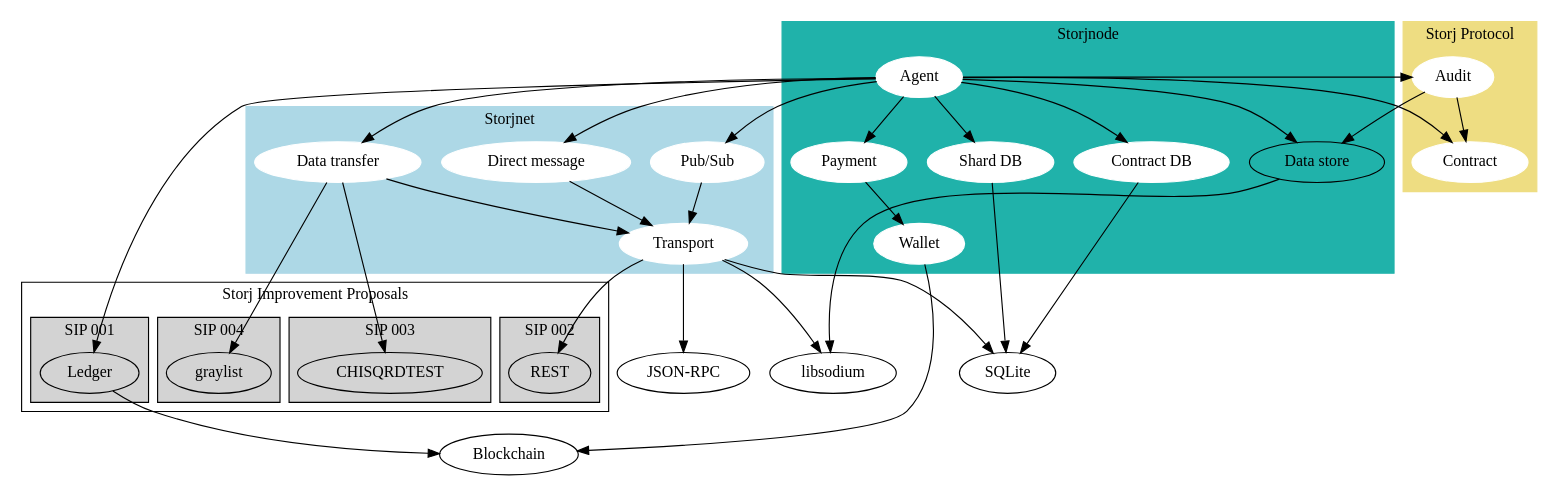
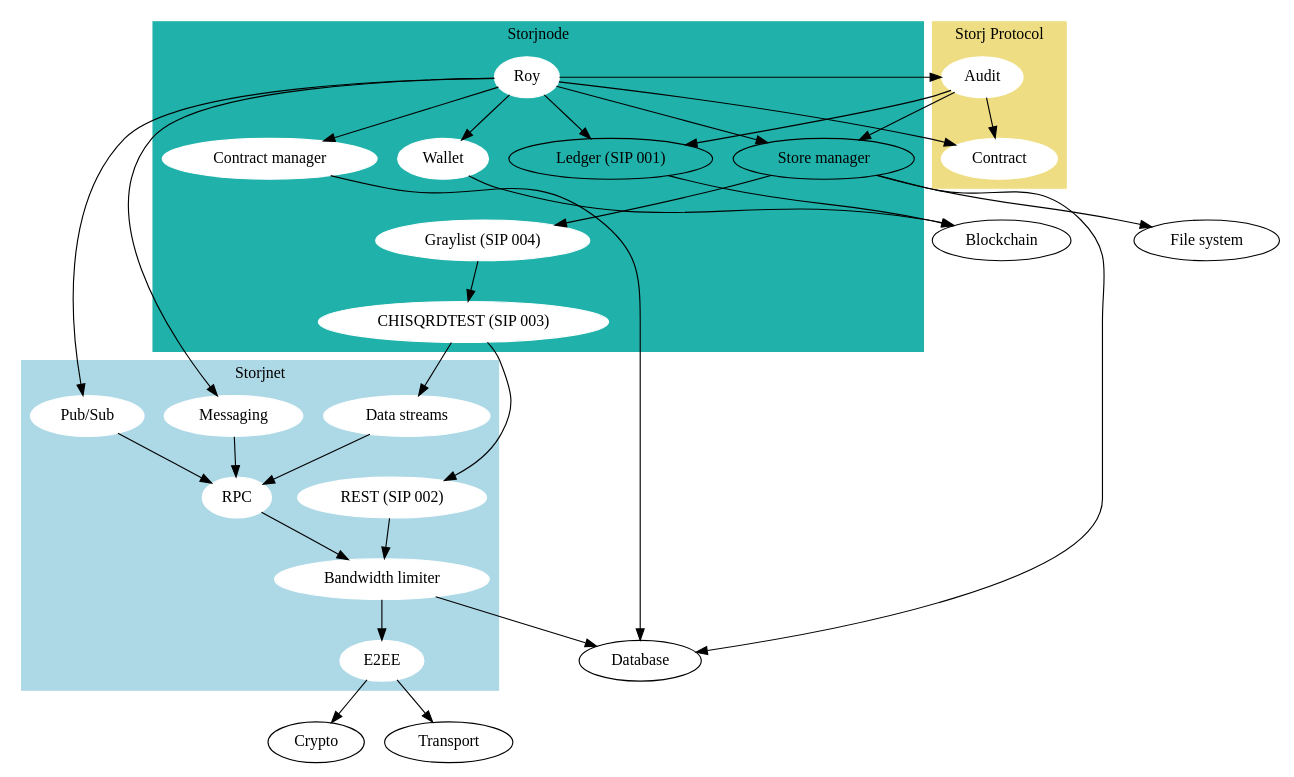
One commit to StorjOld/storjspec changed the diagram in docs/dependencies.dot. Above: the diagram before and after it, drawn with Graphviz. The commit also changed 3 other files, not shown here.

```diff
--- a/docs/dependencies.dot
+++ b/docs/dependencies.dot
@@ -1,120 +1,86 @@
 // syntax guide: http://www.graphviz.org/pdf/dotguide.pdf
 // compile: `dot -Tpdf dependencies.dot -o dependencies.pdf`
 
 
 digraph G {
 
     // STORJNET
     subgraph cluster_1 {
         label = "Storjnet";
         node [style=filled,color=white];
         style=filled;
         color=lightblue;
 
         "Pub/Sub"; // enable publishing and subscribing to events
-        "Data transfer"; // full duplex data transfer
-        "Direct message"; // to shortcut the pubsub after peer found
-        "Transport"; // rpc calls and data transfer between clients
+        "Data streams"; // full duplex data transfer
+        "Messaging"; // to shortcut the pubsub after peer found
+        "RPC"; // rpc calls and data transfer between clients
+        "E2EE"; // End-to-end encryption
+        "Bandwidth limiter";
+        "REST (SIP 002)"; // put/get shards
     };
-    "Pub/Sub" -> "Transport";
-    "Direct message" -> "Transport";
-    "Data transfer" -> "Transport";
-    "Transport" -> "libsodium"; // end-to-end encryption
-    "Transport" -> "JSON-RPC";
-    "Transport" -> "REST";
-    "Transport" -> "SQLite"; // bandwidth limits
-    "Data transfer" -> CHISQRDTEST;
-    "Data transfer" -> graylist;
+    "Pub/Sub" -> "RPC";
+    "Messaging" -> "RPC";
+    "Data streams" -> "RPC";
+    "RPC" -> "Bandwidth limiter";
+    "REST (SIP 002)" -> "Bandwidth limiter";
+    "Bandwidth limiter" -> "E2EE";
+    "E2EE" -> "Crypto";
+    "E2EE" -> "Transport";
+    "Bandwidth limiter" -> "Database";
 
     // STORJ PROTOCOL
     subgraph cluster_2 {
         label = "Storj Protocol";
         node [style=filled,color=white];
         style=filled;
         color=lightgoldenrod;
 
         "Contract"; // terms of a storage contract between peers
         "Audit"; // track state of a contract over time
     };
     "Audit" -> "Contract"; // when/how to perform the audit
-    "Audit" -> "Data store"; // perform audit challange
+    "Audit" -> "Store manager"; // perform audit challange
+    "Audit" -> "Ledger (SIP 001)"; // save result in ledger
 
     // STORJNODE
     subgraph cluster_3 {
         label = "Storjnode";
         node [style=filled,color=white];
         style=filled;
         color=lightseagreen;
 
-        "Agent"; // for sending/receiving of funds for services used 
-        "Data store"; // store data on drives
-        "Payment";
-        "Wallet"; // one wallet for each payment currency
-        "Shard DB"; // Store mapping of files + keys to shards
-        "Contract DB"; // Store contracts
+        "Roy"; // for sending/receiving of funds for services used 
+        "Store manager"; // store data on drives
+        "Wallet";
+        "Contract manager"; // Store contracts
+        "CHISQRDTEST (SIP 003)";
+        "Graylist (SIP 004)";
+        "Ledger (SIP 001)"; // read/write historic events
     };
-    "Agent" -> "Shard DB";
-    "Agent" -> "Contract DB";
-    "Shard DB" -> "SQLite";
-    "Contract DB" -> "SQLite";
-    "Data store" -> "libsodium"; // data is encrypted before stored
-    "Payment" -> "Wallet";
+    "Roy" -> "Contract manager";
+    "Contract manager" -> "Database";
+    "Store manager" -> "File system";
+    "Store manager" -> "Graylist (SIP 004)";
+    "Store manager" -> "Database";
+    "Graylist (SIP 004)" -> "CHISQRDTEST (SIP 003)";
+    "CHISQRDTEST (SIP 003)" -> "Data streams";
+    "CHISQRDTEST (SIP 003)" -> "REST (SIP 002)";
     "Wallet" -> "Blockchain";
-    "Agent" -> "Direct message";
-    "Agent" -> "Audit"; // perform audits
-    "Agent" -> "Contract"; // verify agreed to use/provide a service
-    "Agent" -> "Ledger"; // verify service was used/provided
-    "Agent" -> "Payment"; // transfer funds
-    "Agent" -> "Pub/Sub"; // ask/bid on contracts
-    "Agent" -> "Data store"; // store data according to contract
-    "Agent" -> "Data transfer"; // pull data from other agent
-
-    subgraph cluster_8 {
-        label = "Storj Improvement Proposals";
-
-        // SIP 001
-        subgraph cluster_4 {
-            label = "SIP 001";
-            node [style=filled,color=white];
-            style=filled;
-
-            "Ledger"; // read/write historic events
-        }
-
-        // SIP 002
-        subgraph cluster_5 {
-            label = "SIP 002";
-            node [style=filled,color=white];
-            style=filled;
-
-            "REST"; // put/get shards
-        }
-
-        // SIP 003
-        subgraph cluster_6 {
-            label = "SIP 003";
-            node [style=filled,color=white];
-            style=filled;
-
-            CHISQRDTEST;
-        }
-
-        // SIP 004
-        subgraph cluster_7 {
-            label = "SIP 004";
-            node [style=filled,color=white];
-            style=filled;
-
-            graylist;
-        }
-
-    }
-    "Ledger" -> "Blockchain";
+    "Roy" -> "Messaging";
+    "Roy" -> "Audit"; // perform audits
+    "Roy" -> "Contract"; // verify agreed to use/provide a service
+    "Roy" -> "Ledger (SIP 001)"; // verify service was used/provided
+    "Roy" -> "Wallet"; // transfer funds
+    "Roy" -> "Pub/Sub"; // ask/bid on contracts
+    "Roy" -> "Store manager";
+    "Ledger (SIP 001)" -> "Blockchain";
 
     // EXTERNAL
-    "libsodium"; // for encryption/signing
-    "SQLite";
+    "File system";
+    "Crypto"; // for encryption/signing
+    "Database";
     "Blockchain";
-    "JSON-RPC";
+    "Transport";
 
 }
```
